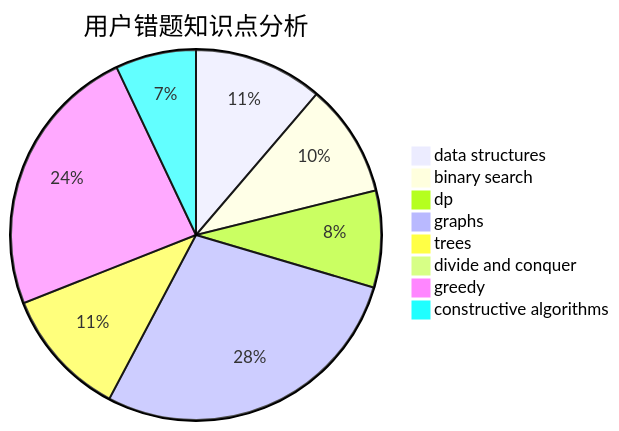
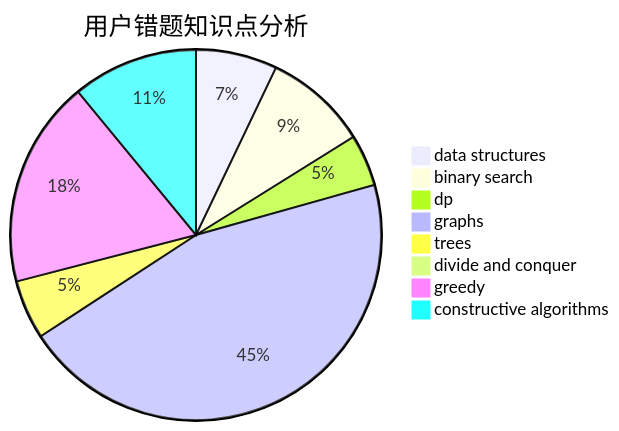
One commit to sherpahu/cfrs.github.io changed the third of 3 diagrams in docs/user/u2506.md. Above: the diagram before and after it, drawn with Mermaid. The commit also changed other lines of this file and 2770 other files, not shown here.

````diff
--- a/docs/user/u2506.md
+++ b/docs/user/u2506.md
@@ -36,11 +36,11 @@
 ```mermaid
 pie title 用户错题知识点分析
-    "data structures" :  8
-    "binary search" :  7
-    "dp" :  6
-    "graphs" :  20
+    "data structures" :  11
+    "binary search" :  14
+    "dp" :  7
+    "graphs" :  70
     "trees" :  8
     "divide and conquer" :  0
-    "greedy" :  17
-    "constructive algorithms" :  5
+    "greedy" :  28
+    "constructive algorithms" :  17
 ```
````
